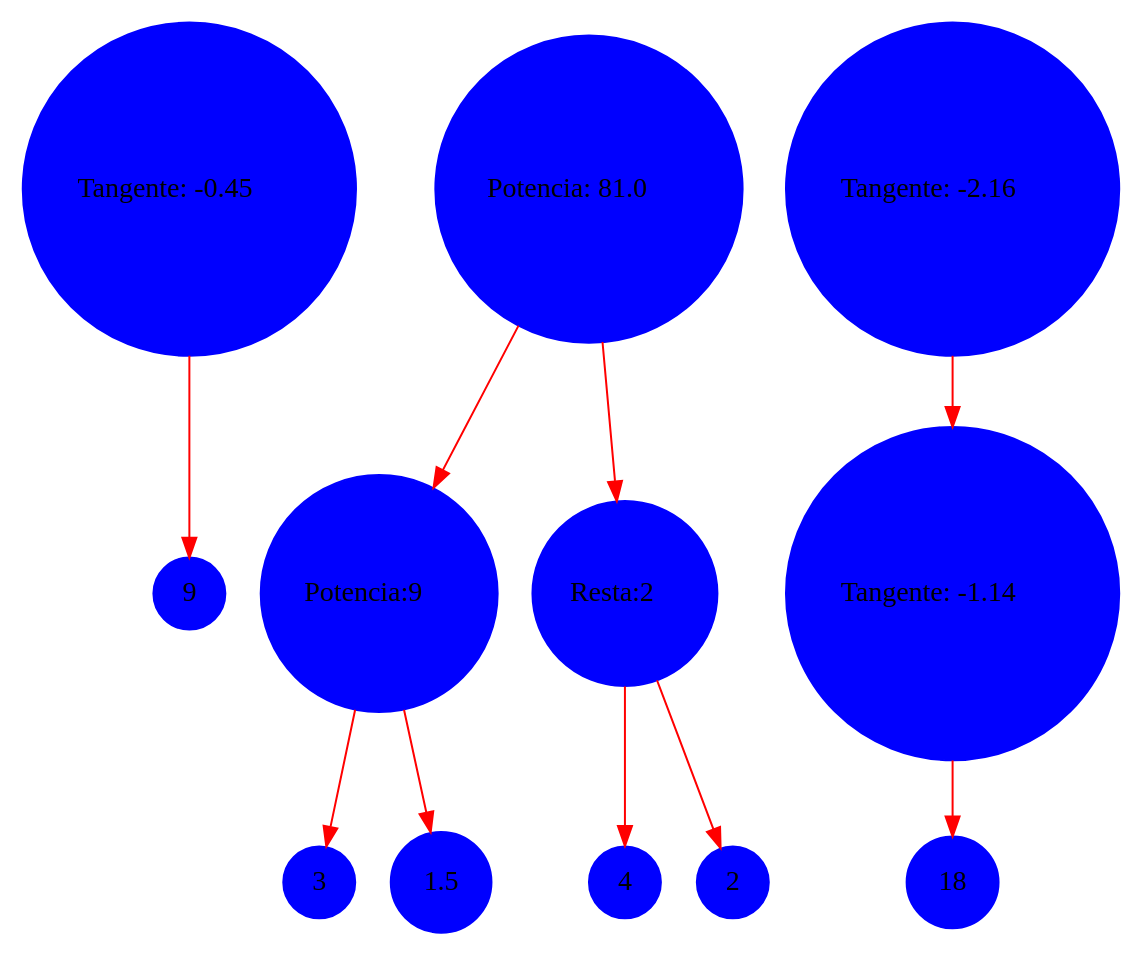
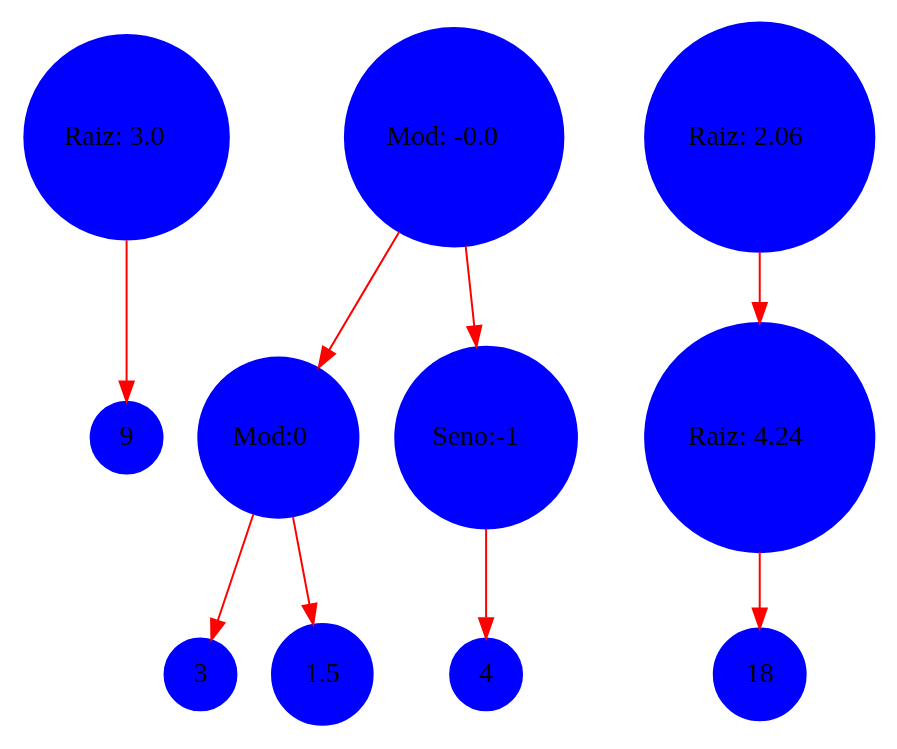
One commit to Jhonsagui81/-LFP-royecto1_202106003 changed the diagram in Documentacion/grafo.dot. Above: the diagram before and after it, drawn with Graphviz. The commit also changed 3 other files, not shown here.

```diff
--- a/Documentacion/grafo.dot
+++ b/Documentacion/grafo.dot
@@ -1,24 +1,22 @@
 digraph {
 	rankdir=TB
 	9 [shape=circle style=filled color = blue]
- 	tangente1 -> 9 [shape=record color=red]
-	tangente1 [shape=circle style=filled color = blue, label=<Tangente: -0.45>]
+ 	raiz1 -> 9 [shape=record color=red]
+	raiz1 [shape=circle style=filled color = blue, label=<Raiz: 3.0>]
  	3 [shape=circle style=filled color = blue]
- 	Potencia102 -> 3 [shape=record color=red]
+ 	Mod102 -> 3 [shape=record color=red]
 	1.5 [shape=circle style=filled color = blue]
- 	Potencia102 -> 1.5 [shape=record color=red]
-	Potencia102 [shape=circle style=filled color = blue, label=<Potencia:9>]
- 	potencia2 -> Potencia102 [shape=record color=red]
+ 	Mod102 -> 1.5 [shape=record color=red]
+	Mod102 [shape=circle style=filled color = blue, label=<Mod:0>]
+ 	mod2 -> Mod102 [shape=record color=red]
 	4 [shape=circle style=filled color = blue]
- 	Resta102 -> 4 [shape=record color=red]
-	2 [shape=circle style=filled color = blue]
- 	Resta102 -> 2 [shape=record color=red]
-	Resta102 [shape=circle style=filled color = blue, label=<Resta:2>]
- 	potencia2 -> Resta102 [shape=record color=red]
-	potencia2 [shape=circle style=filled color = blue, label=<Potencia: 81.0>]
+ 	Seno102 -> 4 [shape=record color=red]
+	Seno102 [shape=circle style=filled color = blue, label=<Seno:-1>]
+ 	mod2 -> Seno102 [shape=record color=red]
+	mod2 [shape=circle style=filled color = blue, label=<Mod: -0.0>]
  	18 [shape=circle style=filled color = blue]
- 	Tangente103 -> 18 [shape=record color=red]
-	Tangente103 [shape=circle style=filled color = blue, label=<Tangente: -1.14>]
- 	tangente3 -> Tangente103 [shape=record color=red]
-	tangente3 [shape=circle style=filled color = blue, label=<Tangente: -2.16>]
+ 	Raiz103 -> 18 [shape=record color=red]
+	Raiz103 [shape=circle style=filled color = blue, label=<Raiz: 4.24>]
+ 	raiz3 -> Raiz103 [shape=record color=red]
+	raiz3 [shape=circle style=filled color = blue, label=<Raiz: 2.06>]
  }
```
